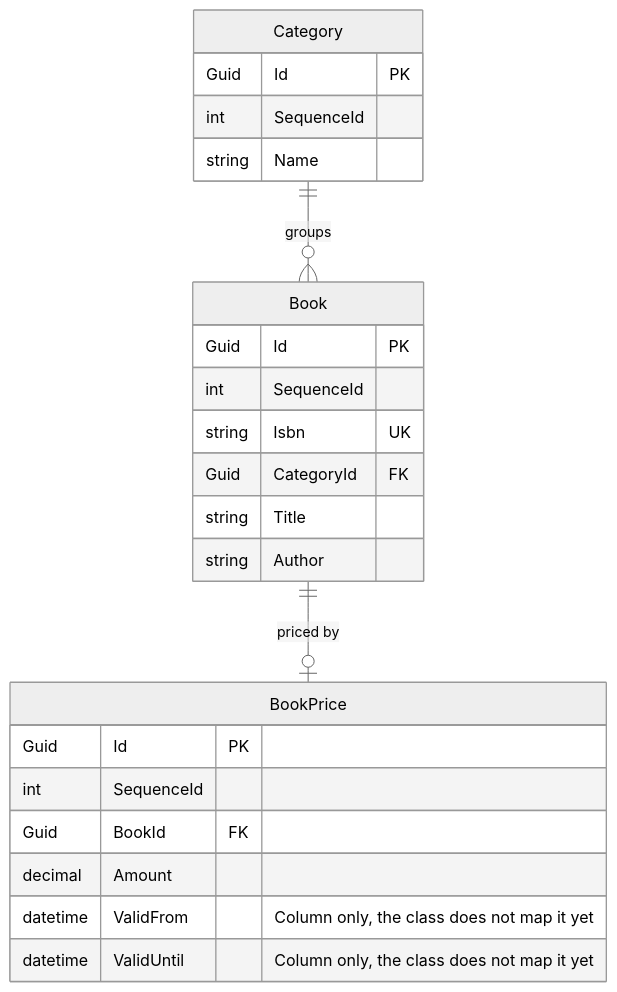
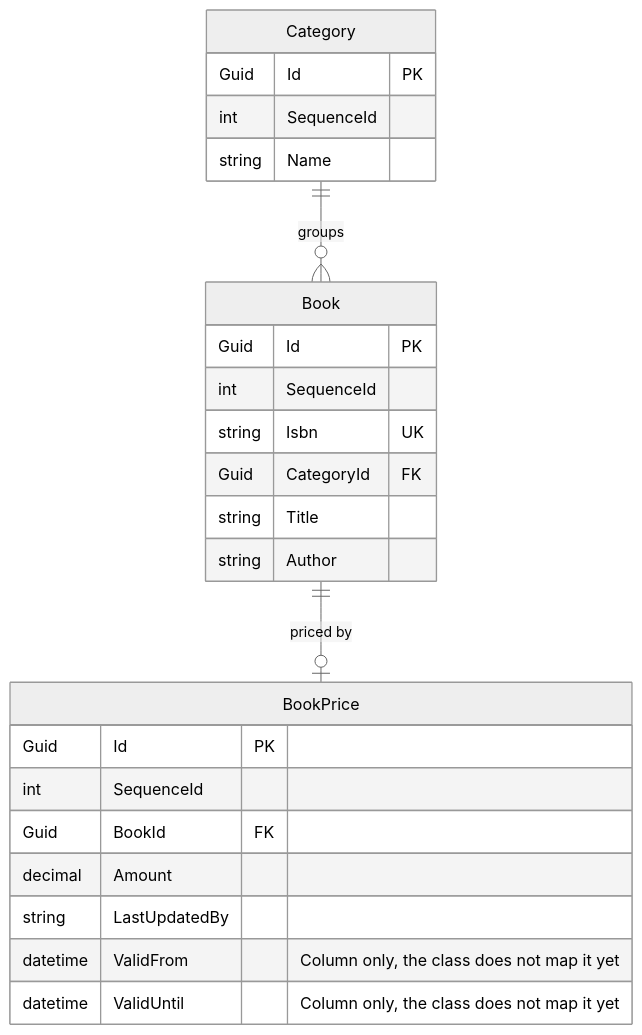
One commit to gmarginet/CleanArchitectureToolkit changed the first of 3 diagrams in demo/README.md. Above: the diagram before and after it, drawn with Mermaid (neutral theme). The commit also changed other lines of this file and 2 other files, not shown here.

````diff
--- a/demo/README.md
+++ b/demo/README.md
@@ -531,27 +536,28 @@
 ```mermaid
 erDiagram
     Category ||--o{ Book : groups
     Book ||--o| BookPrice : "priced by"
 
     Category {
         Guid Id PK
         int SequenceId
         string Name
     }
     Book {
         Guid Id PK
         int SequenceId
         string Isbn UK
         Guid CategoryId FK
         string Title
         string Author
     }
     BookPrice {
         Guid Id PK
         int SequenceId
         Guid BookId FK
         decimal Amount
+        string LastUpdatedBy
         datetime ValidFrom "Column only, the class does not map it yet"
         datetime ValidUntil "Column only, the class does not map it yet"
     }
 ```
````
